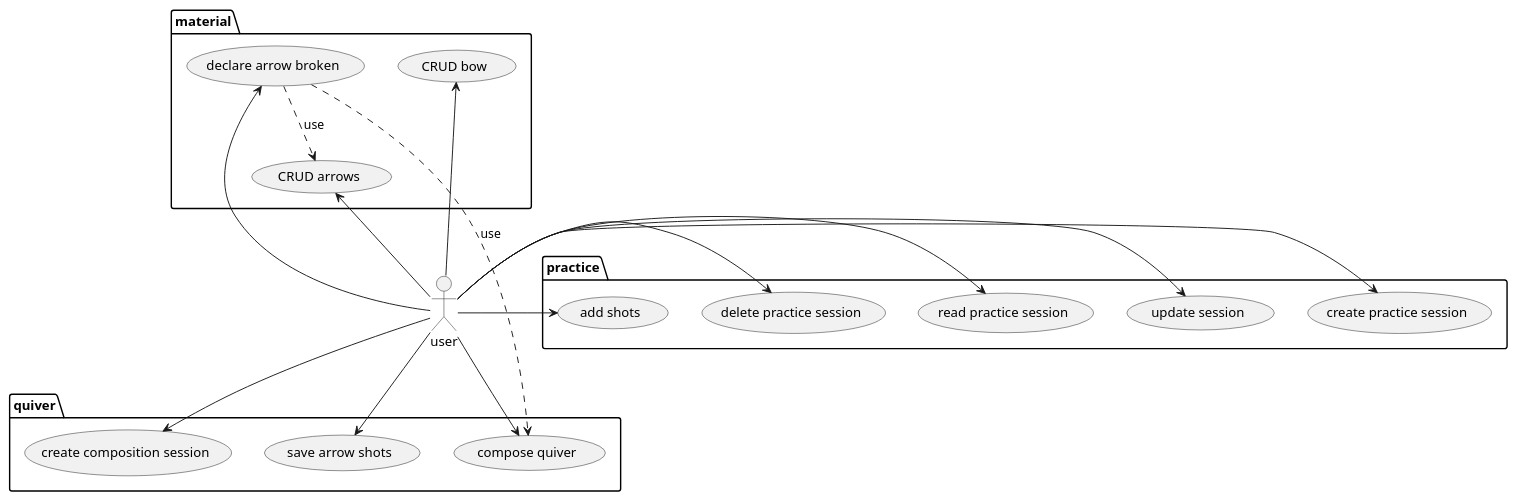
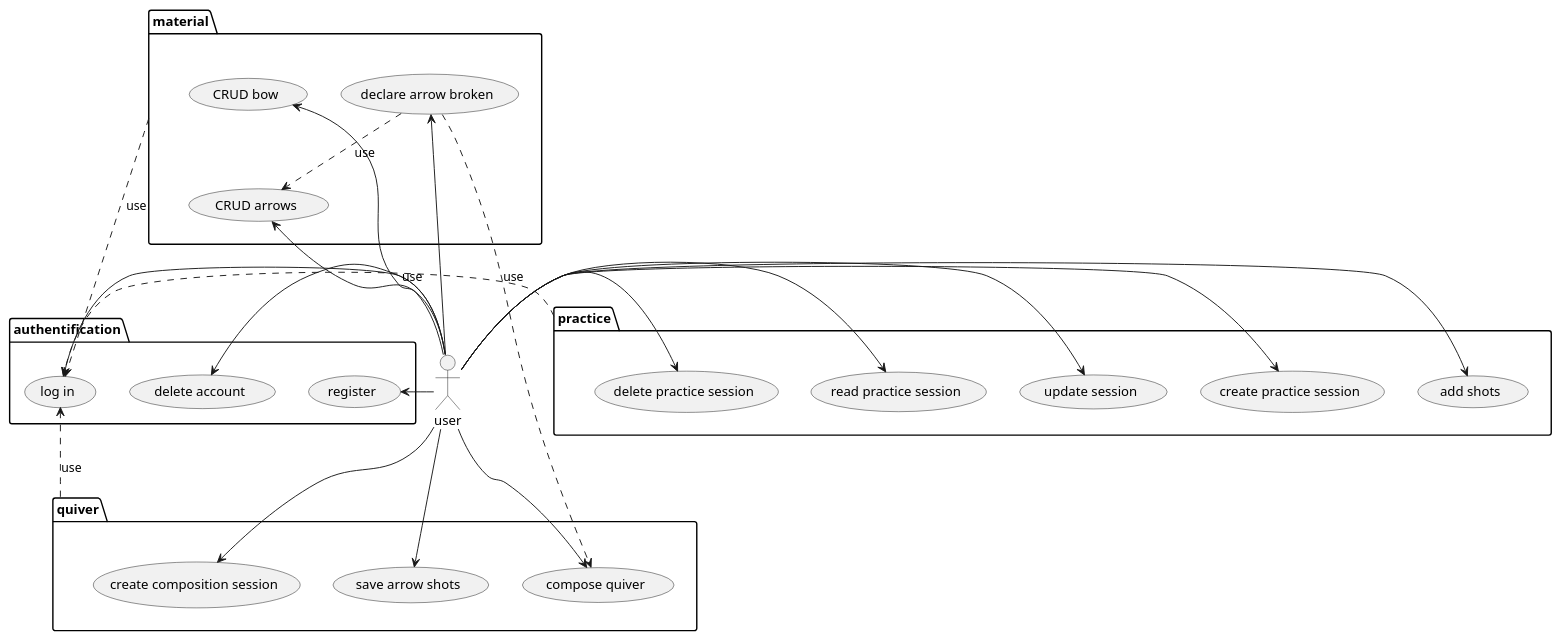
One commit to remace/OC-P13_Archery_Buddy changed the diagram in docs/diagrams/use_cases.puml. Above: the diagram before and after it, drawn with PlantUML.

Commit message:
📝added authentification use cases

```diff
--- a/docs/diagrams/use_cases.puml
+++ b/docs/diagrams/use_cases.puml
@@ -1,45 +1,59 @@
 @startuml usecases
 
 left to right direction
 
 actor user as u
 left to right direction
 package material {
     top to bottom direction
     usecase "CRUD bow" as bow
     usecase "CRUD arrows" as arrows
     usecase "declare arrow broken" as declare_broken
 }
 package practice {
     top to bottom direction
     usecase "create practice session" as create_session
     usecase "update session" as update_session
     usecase "read practice session" as read_session
     usecase "delete practice session" as delete_session
     usecase "add shots" as add_shots
 }
 
 package quiver{
     top to bottom direction
     usecase "compose quiver" as compose_quiver
     usecase "create composition session" as compose_session
     usecase "save arrow shots" as save_composition_shots
 }
 
+package authentification{
+    top to bottom direction
+    usecase "register" as register
+    usecase "log in" as login
+    usecase "delete account" as unsubscribe
+}
+
+
+
+u -left-> register
+u -left-> login
+u -left-> unsubscribe
 u -up-> bow
 u -up-> arrows
 u -up-> declare_broken
 u -right-> create_session
 u -right-> update_session
 u -right-> read_session
 u -right-> delete_session
 u -right-> add_shots
 u -down-> compose_quiver
 u -down-> compose_session
 u -down-> save_composition_shots
 
 declare_broken ..> arrows : use
 declare_broken ..> compose_quiver : use
-
+practice ..> login : use
+quiver ..> login : use
+material ..> login : use
 
 @enduml
```
